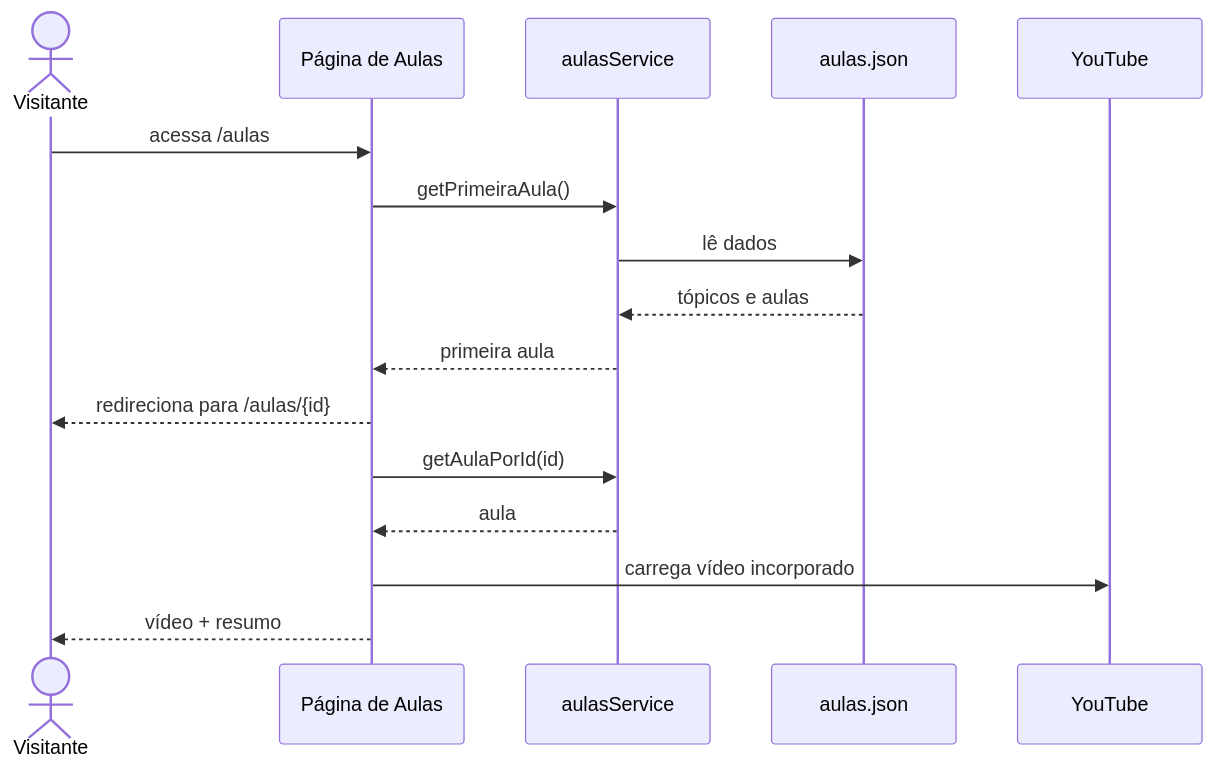
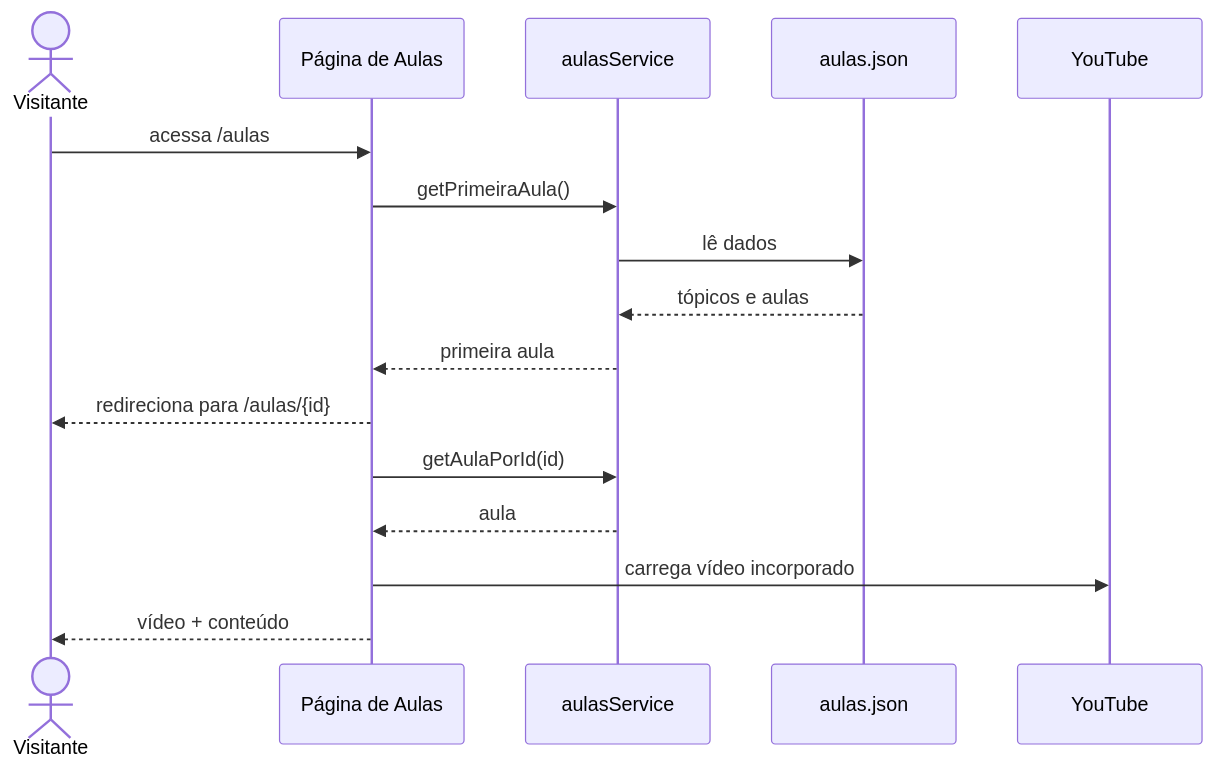
One commit to victormartinsduarte/extensionista_final_2026 changed the second of 2 diagrams in docs/02-casos-de-use.md. Above: the diagram before and after it, drawn with Mermaid. The commit also changed other lines of this file and 16 other files, not shown here.

````diff
--- a/docs/02-casos-de-use.md
+++ b/docs/02-casos-de-use.md
@@ -56,18 +56,18 @@
 ```mermaid
 sequenceDiagram
   actor V as Visitante
   participant P as Página de Aulas
   participant S as aulasService
   participant D as aulas.json
   participant Y as YouTube
   V->>P: acessa /aulas
   P->>S: getPrimeiraAula()
   S->>D: lê dados
   D-->>S: tópicos e aulas
   S-->>P: primeira aula
   P-->>V: redireciona para /aulas/{id}
   P->>S: getAulaPorId(id)
   S-->>P: aula
   P->>Y: carrega vídeo incorporado
-  P-->>V: vídeo + resumo
+  P-->>V: vídeo + conteúdo
 ```
````
